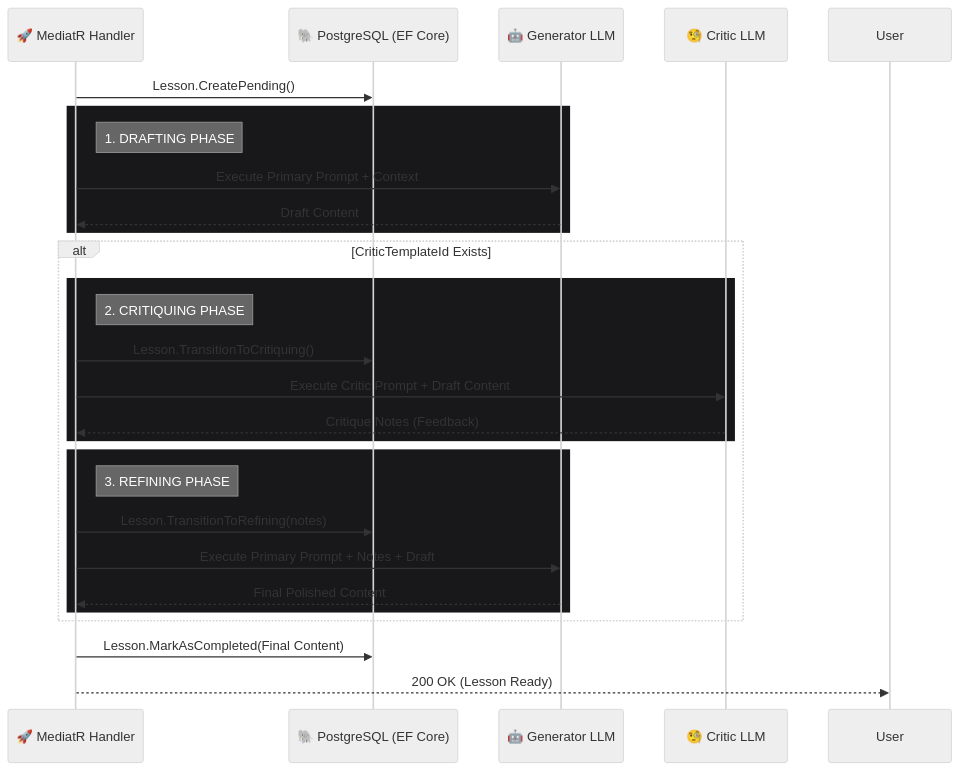
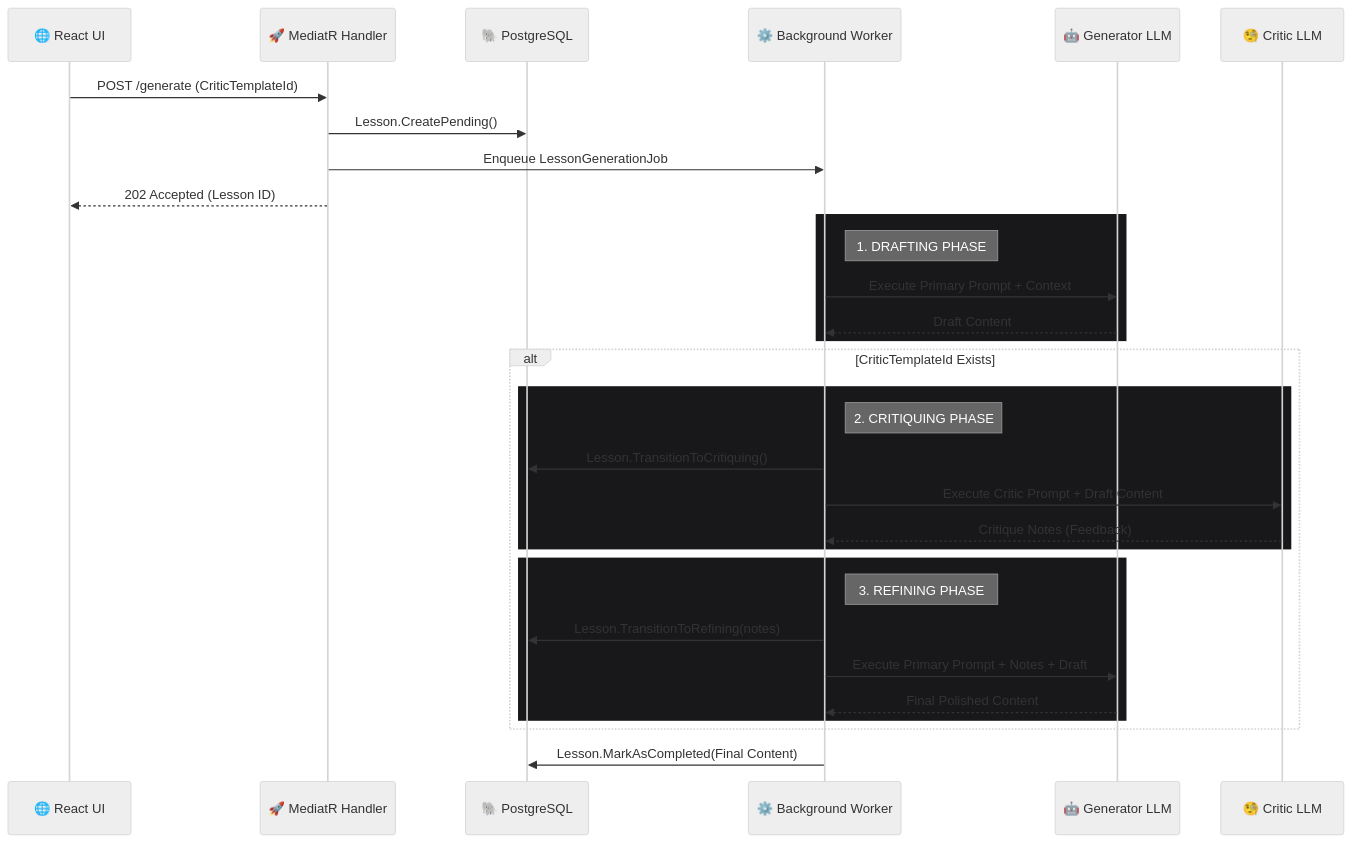
Before and after one commit to ankitmadridista/knowledge-foundry: the diagram in docs/adr/ADR-008-reflection-loop.md, drawn with Mermaid (neutral theme). The commit also changed other lines of this file and 2 other files, not shown here.

Commit message:
feat: reflection-loop completion

````diff
--- a/docs/adr/ADR-008-reflection-loop.md
+++ b/docs/adr/ADR-008-reflection-loop.md
@@ -42,35 +42,38 @@
 ```mermaid
 sequenceDiagram
+    participant UI as 🌐 React UI
     participant API as 🚀 MediatR Handler
-    participant DB as 🐘 PostgreSQL (EF Core)
+    participant DB as 🐘 PostgreSQL
+    participant Worker as ⚙️ Background Worker
     participant Gen as 🤖 Generator LLM
     participant Critic as 🧐 Critic LLM
 
+    UI->>API: POST /generate (CriticTemplateId)
     API->>DB: Lesson.CreatePending()
+    API->>Worker: Enqueue LessonGenerationJob
+    API-->>UI: 202 Accepted (Lesson ID)
     
     rect rgb(24, 24, 27)
-        Note right of API: 1. DRAFTING PHASE
-        API->>Gen: Execute Primary Prompt + Context
-        Gen-->>API: Draft Content
+        Note right of Worker: 1. DRAFTING PHASE
+        Worker->>Gen: Execute Primary Prompt + Context
+        Gen-->>Worker: Draft Content
     end
     
     alt CriticTemplateId Exists
         rect rgb(24, 24, 27)
-            Note right of API: 2. CRITIQUING PHASE
-            API->>DB: Lesson.TransitionToCritiquing()
-            API->>Critic: Execute Critic Prompt + Draft Content
-            Critic-->>API: Critique Notes (Feedback)
+            Note right of Worker: 2. CRITIQUING PHASE
+            Worker->>DB: Lesson.TransitionToCritiquing()
+            Worker->>Critic: Execute Critic Prompt + Draft Content
+            Critic-->>Worker: Critique Notes (Feedback)
         end
         
         rect rgb(24, 24, 27)
-            Note right of API: 3. REFINING PHASE
-            API->>DB: Lesson.TransitionToRefining(notes)
-            API->>Gen: Execute Primary Prompt + Notes + Draft
-            Gen-->>API: Final Polished Content
+            Note right of Worker: 3. REFINING PHASE
+            Worker->>DB: Lesson.TransitionToRefining(notes)
+            Worker->>Gen: Execute Primary Prompt + Notes + Draft
+            Gen-->>Worker: Final Polished Content
         end
     end
     
-    API->>DB: Lesson.MarkAsCompleted(Final Content)
-    API-->>User: 200 OK (Lesson Ready)
-
+    Worker->>DB: Lesson.MarkAsCompleted(Final Content)
 ```
````
